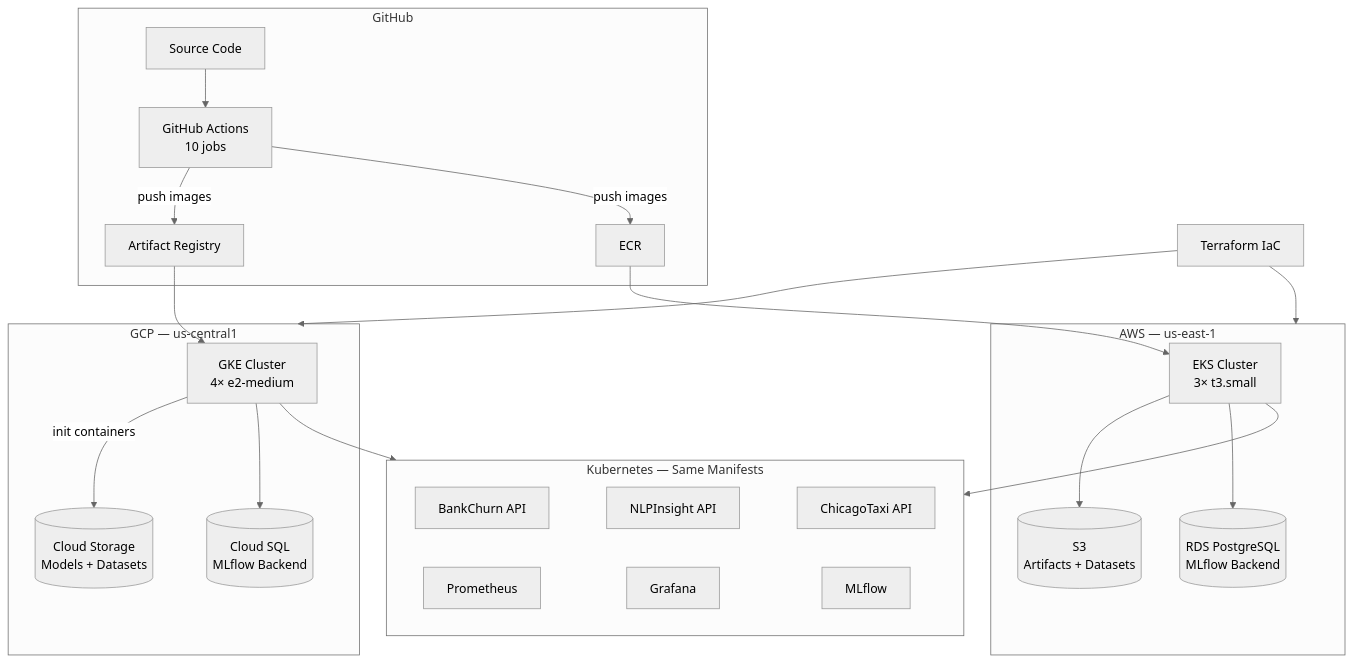
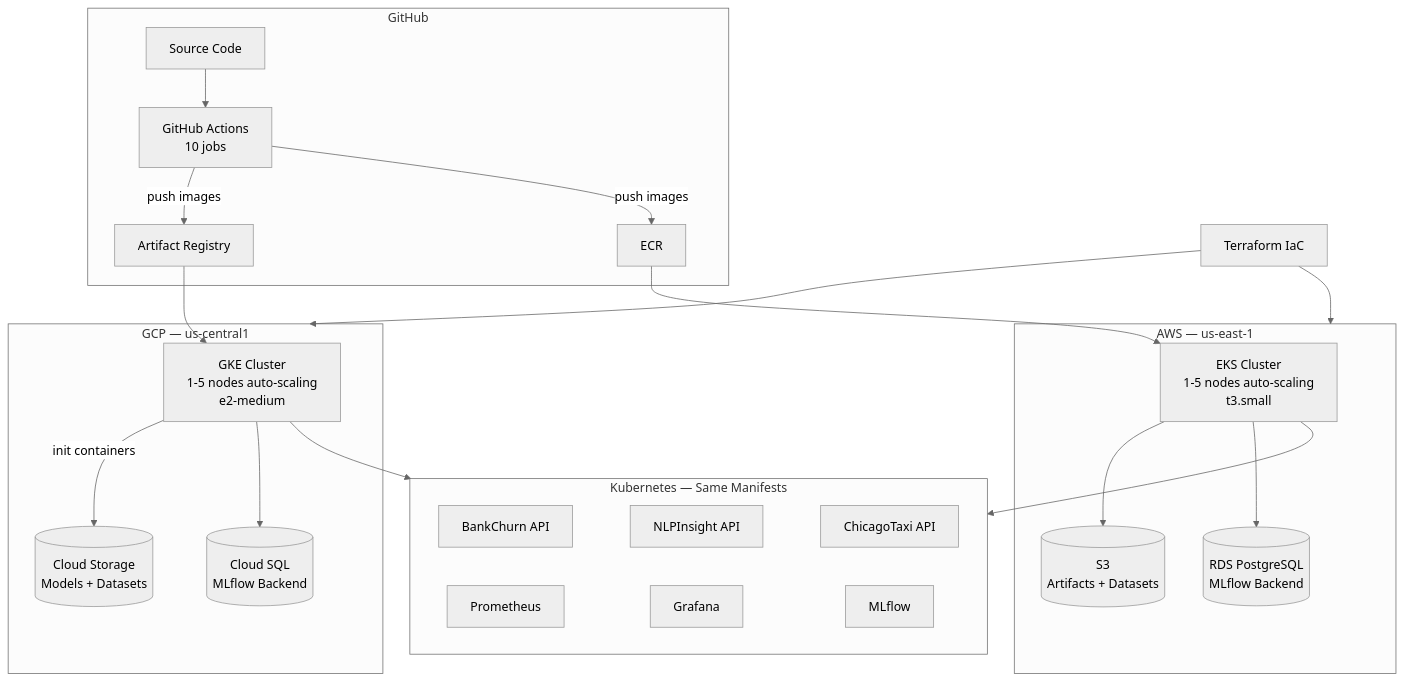
One commit to DuqueOM/ML-MLOps-Portfolio changed the diagram in docs/architecture/infrastructure.md. Above: the diagram before and after it, drawn with Mermaid (neutral theme). The commit also changed other lines of this file and 10 other files, not shown here.

````diff
--- a/docs/architecture/infrastructure.md
+++ b/docs/architecture/infrastructure.md
@@ -7,36 +7,36 @@
 ```mermaid
 flowchart TB
     subgraph GH ["GitHub"]
         Code[Source Code] --> CI[GitHub Actions\n10 jobs]
         CI --> |push images| AR[Artifact Registry]
         CI --> |push images| ECR[ECR]
     end
 
     subgraph GCP ["GCP — us-central1"]
-        AR --> GKE[GKE Cluster\n4× e2-medium]
+        AR --> GKE[GKE Cluster\n1-5 nodes auto-scaling\ne2-medium]
         GCS[(Cloud Storage\nModels + Datasets)]
         CSQL[(Cloud SQL\nMLflow Backend)]
         GKE --> |init containers| GCS
         GKE --> CSQL
     end
 
     subgraph AWS ["AWS — us-east-1"]
-        ECR --> EKS[EKS Cluster\n3× t3.small]
+        ECR --> EKS[EKS Cluster\n1-5 nodes auto-scaling\nt3.small]
         S3[(S3\nArtifacts + Datasets)]
         RDS[(RDS PostgreSQL\nMLflow Backend)]
         EKS --> S3
         EKS --> RDS
     end
 
     subgraph K8s ["Kubernetes — Same Manifests"]
         direction LR
         BC[BankChurn API] ~~~ NLP[NLPInsight API] ~~~ CT[ChicagoTaxi API]
         PROM[Prometheus] ~~~ GRAF[Grafana] ~~~ MLF[MLflow]
     end
 
     GKE --> K8s
     EKS --> K8s
 
     TF[Terraform IaC] --> GCP
     TF --> AWS
 ```
````
